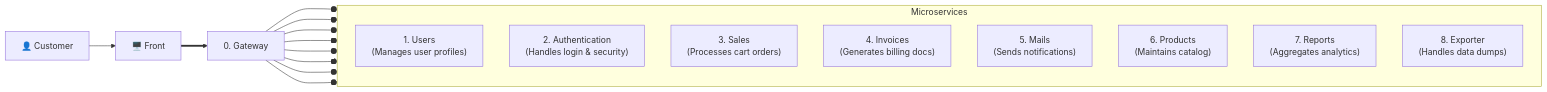
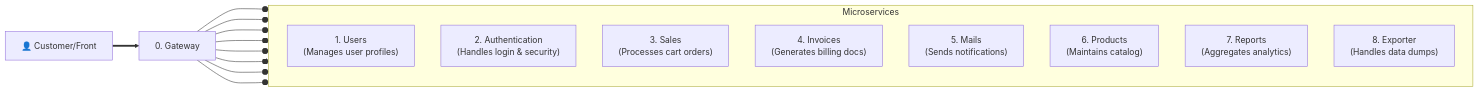
Before and after one commit to polirritmico/springboot-layout: the diagram in README.md, drawn with Mermaid. The commit also changed other lines of this file, not shown here.

````diff
--- a/README.md
+++ b/README.md
@@ -141,26 +204,25 @@
 ```mermaid
 graph LR
-    C[👤 Customer] --> FE[🖥️ Front]
-    FE ==> O[0. Gateway]
+    C[👤 Customer/Front] ==> O[0. Gateway]
 
     subgraph MicroServ [Microservices]
         direction TB
         U["1. Users<br/>(Manages user profiles)"]
         A["2. Authentication<br/>(Handles login & security)"]
         S["3. Sales<br/>(Processes cart orders)"]
         I["4. Invoices<br/>(Generates billing docs)"]
         M["5. Mails<br/>(Sends notifications)"]
         P["6. Products<br/>(Maintains catalog)"]
         R["7. Reports<br/>(Aggregates analytics)"]
         E["8. Exporter<br/>(Handles data dumps)"]
     end
 
     O ---o U
     O ---o A
     O ---o S
     O ---o I
     O ---o M
     O ---o P
     O ---o R
     O ---o E
 ```
````
